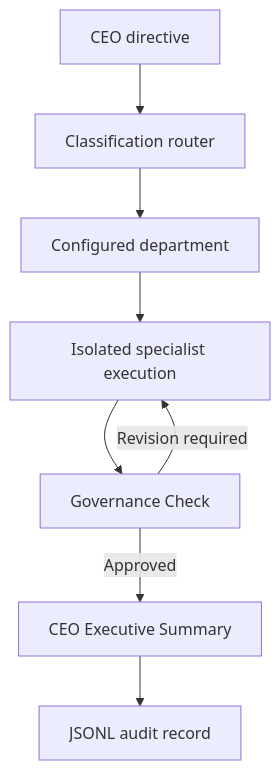
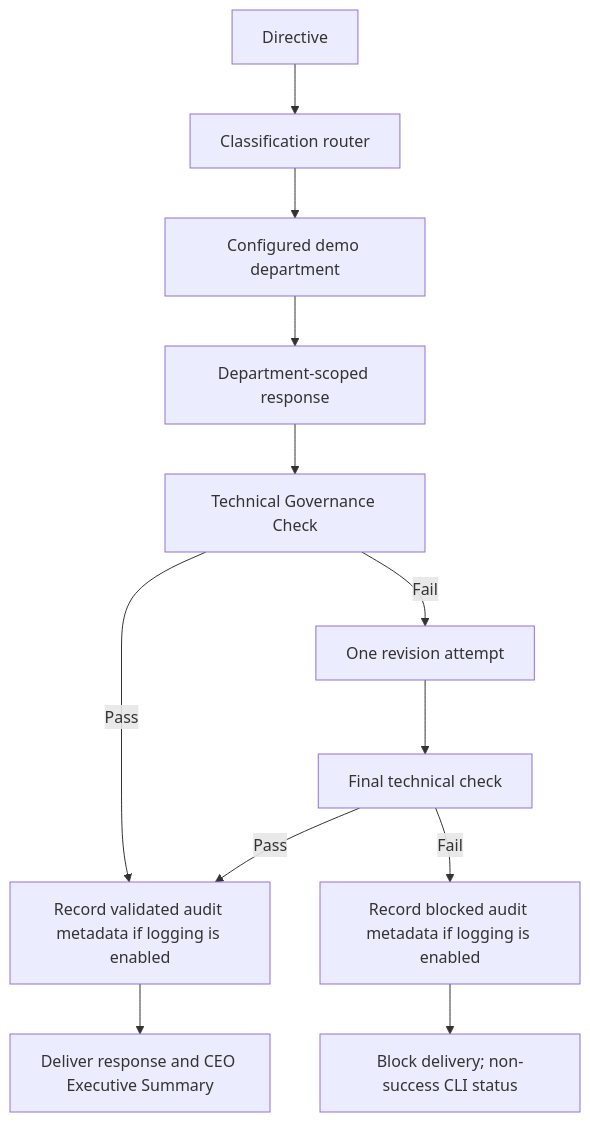
Before and after one commit to cjmoneyway-rgb/mission-control-os: the diagram in README.md, drawn with Mermaid. The commit also changed other lines of this file, not shown here.

````diff
--- a/README.md
+++ b/README.md
@@ -151,10 +153,14 @@
 ```mermaid
 flowchart TD
-    A["CEO directive"] --> B["Classification router"]
-    B --> C["Configured department"]
-    C --> D["Isolated specialist execution"]
-    D --> E["Governance Check"]
-    E -->|Approved| F["CEO Executive Summary"]
-    E -->|Revision required| D
-    F --> G["JSONL audit record"]
+    A["Directive"] --> B["Classification router"]
+    B --> C["Configured demo department"]
+    C --> D["Department-scoped response"]
+    D --> E["Technical Governance Check"]
+    E -->|Pass| G["Record validated audit metadata if logging is enabled"]
+    E -->|Fail| R["One revision attempt"]
+    R --> E2["Final technical check"]
+    E2 -->|Pass| G
+    G --> F["Deliver response and CEO Executive Summary"]
+    E2 -->|Fail| H["Record blocked audit metadata if logging is enabled"]
+    H --> X["Block delivery; non-success CLI status"]
 ```
````
